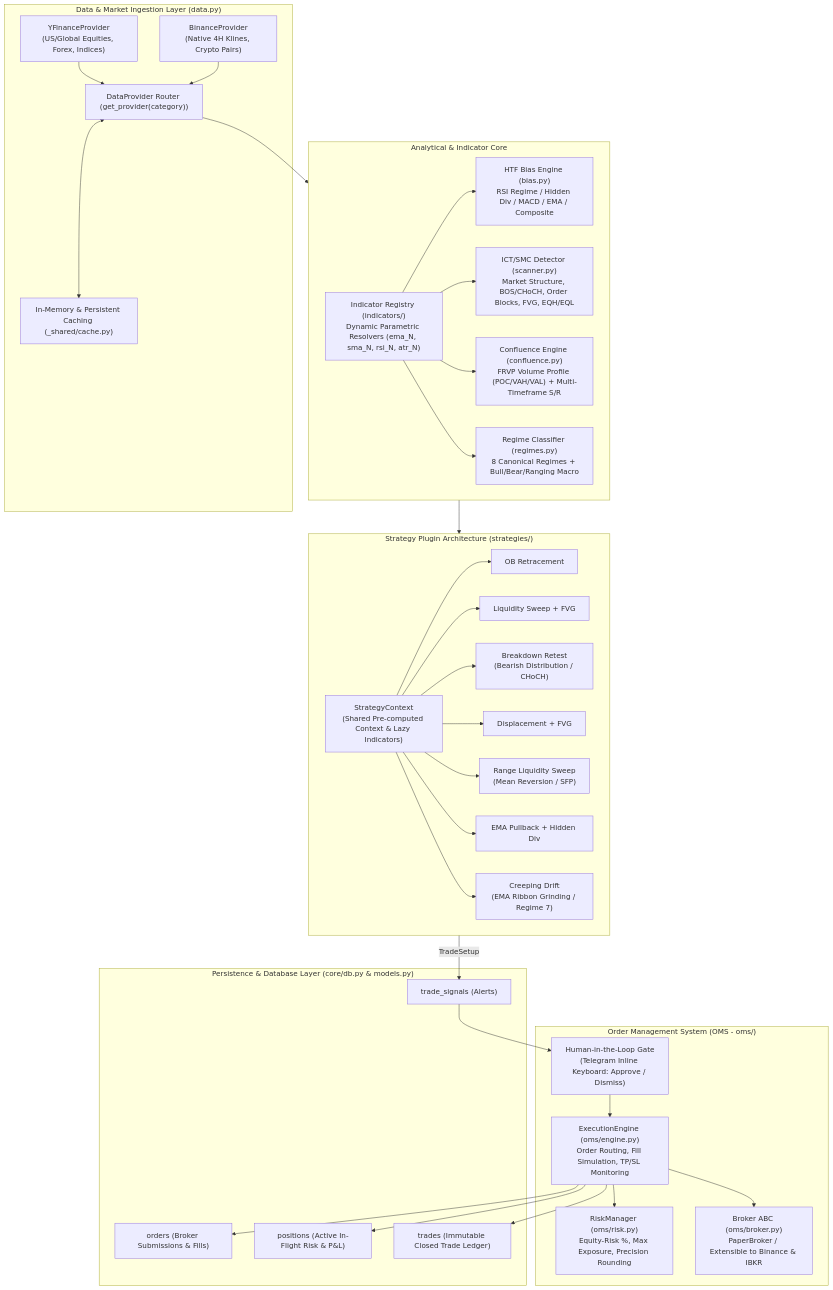
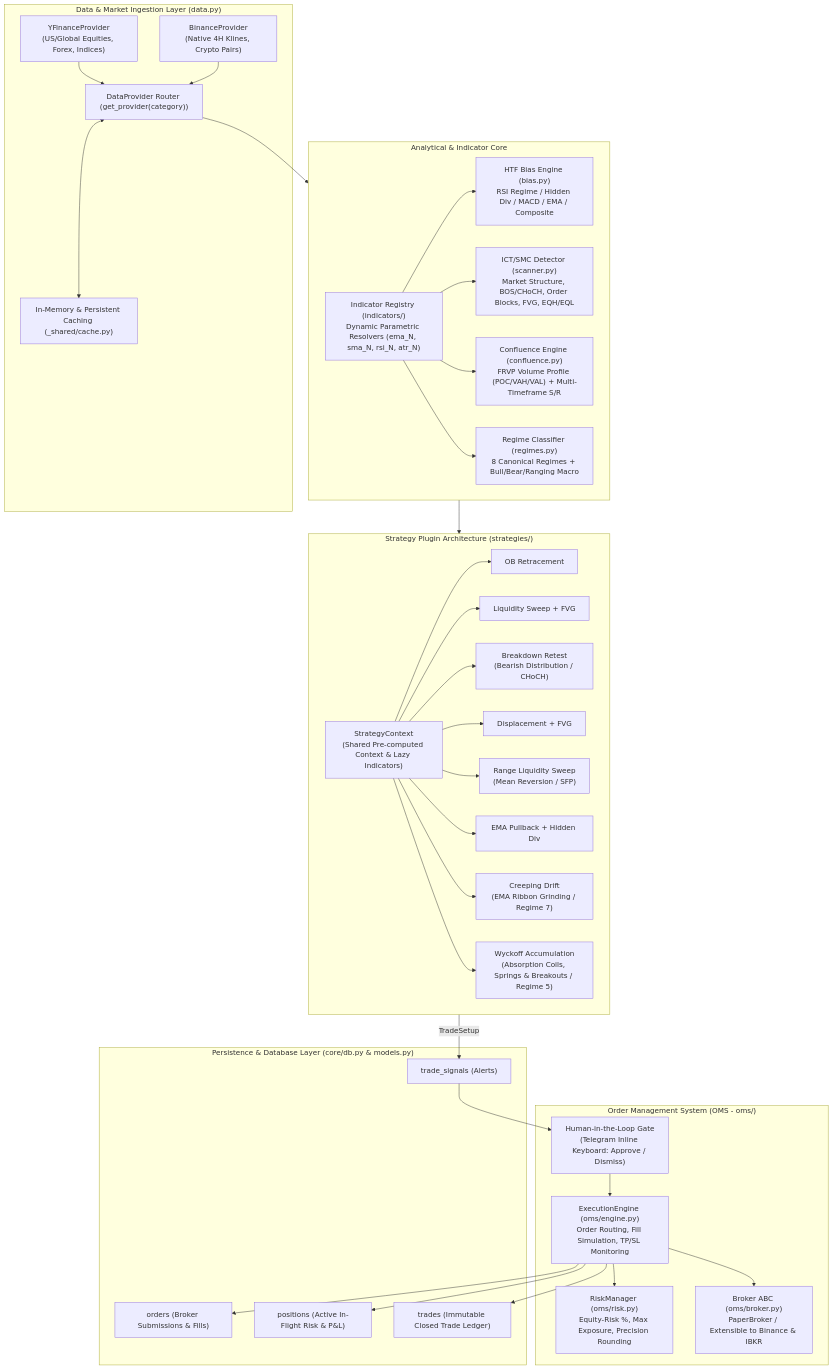
The diagram in automation/app/modules/finance/trader/README_finance_trader.md (bash07/basheer.net), drawn with Mermaid before and after one commit. The commit also changed 7 other files, not shown here.

Commit message:
feat(trader): add accumulation/distribution detector and wyckoff accumulation strategy

````diff
--- a/automation/app/modules/finance/trader/README_finance_trader.md
+++ b/automation/app/modules/finance/trader/README_finance_trader.md
@@ -26,67 +26,69 @@
 ```mermaid
 flowchart TD
     subgraph MarketDataLayer["Data & Market Ingestion Layer (data.py)"]
         YF["YFinanceProvider\n(US/Global Equities, Forex, Indices)"]
         BN["BinanceProvider\n(Native 4H Klines, Crypto Pairs)"]
         DP["DataProvider Router (get_provider(category))"]
         CACHE["In-Memory & Persistent Caching (_shared/cache.py)"]
         YF --> DP
         BN --> DP
         DP <--> CACHE
     end
 
     subgraph AnalyticalCore["Analytical & Indicator Core"]
         IND["Indicator Registry (indicators/)\nDynamic Parametric Resolvers (ema_N, sma_N, rsi_N, atr_N)"]
         BIAS["HTF Bias Engine (bias.py)\nRSI Regime / Hidden Div / MACD / EMA / Composite"]
         SCAN["ICT/SMC Detector (scanner.py)\nMarket Structure, BOS/CHoCH, Order Blocks, FVG, EQH/EQL"]
         CONF["Confluence Engine (confluence.py)\nFRVP Volume Profile (POC/VAH/VAL) + Multi-Timeframe S/R"]
         REGIME["Regime Classifier (regimes.py)\n8 Canonical Regimes + Bull/Bear/Ranging Macro"]
         IND --> BIAS
         IND --> SCAN
         IND --> CONF
         IND --> REGIME
     end
 
     subgraph StrategyLayer["Strategy Plugin Architecture (strategies/)"]
         CTX["StrategyContext\n(Shared Pre-computed Context & Lazy Indicators)"]
         S1["OB Retracement"]
         S2["Liquidity Sweep + FVG"]
         S3["Breakdown Retest\n(Bearish Distribution / CHoCH)"]
         S4["Displacement + FVG"]
         S5["Range Liquidity Sweep\n(Mean Reversion / SFP)"]
         S6["EMA Pullback + Hidden Div"]
         S7["Creeping Drift\n(EMA Ribbon Grinding / Regime 7)"]
+        S8["Wyckoff Accumulation\n(Absorption Coils, Springs & Breakouts / Regime 5)"]
         CTX --> S1
         CTX --> S2
         CTX --> S3
         CTX --> S4
         CTX --> S5
         CTX --> S6
         CTX --> S7
+        CTX --> S8
     end
 
     subgraph ExecutionLayer["Order Management System (OMS - oms/)"]
         HUMAN["Human-in-the-Loop Gate\n(Telegram Inline Keyboard: Approve / Dismiss)"]
         RISK["RiskManager (oms/risk.py)\nEquity-Risk %, Max Exposure, Precision Rounding"]
         ENGINE["ExecutionEngine (oms/engine.py)\nOrder Routing, Fill Simulation, TP/SL Monitoring"]
         BROKER["Broker ABC (oms/broker.py)\nPaperBroker / Extensible to Binance & IBKR"]
         HUMAN --> ENGINE
         ENGINE --> RISK
         ENGINE --> BROKER
     end
 
     subgraph Persistence["Persistence & Database Layer (core/db.py & models.py)"]
         TS["trade_signals (Alerts)"]
         ORD["orders (Broker Submissions & Fills)"]
         POS["positions (Active In-Flight Risk & P&L)"]
         TR["trades (Immutable Closed Trade Ledger)"]
     end
 
     DP --> AnalyticalCore
     AnalyticalCore --> StrategyLayer
     StrategyLayer -->|TradeSetup| TS
     TS --> HUMAN
     ENGINE --> ORD
     ENGINE --> POS
     ENGINE --> TR
 ```
````
